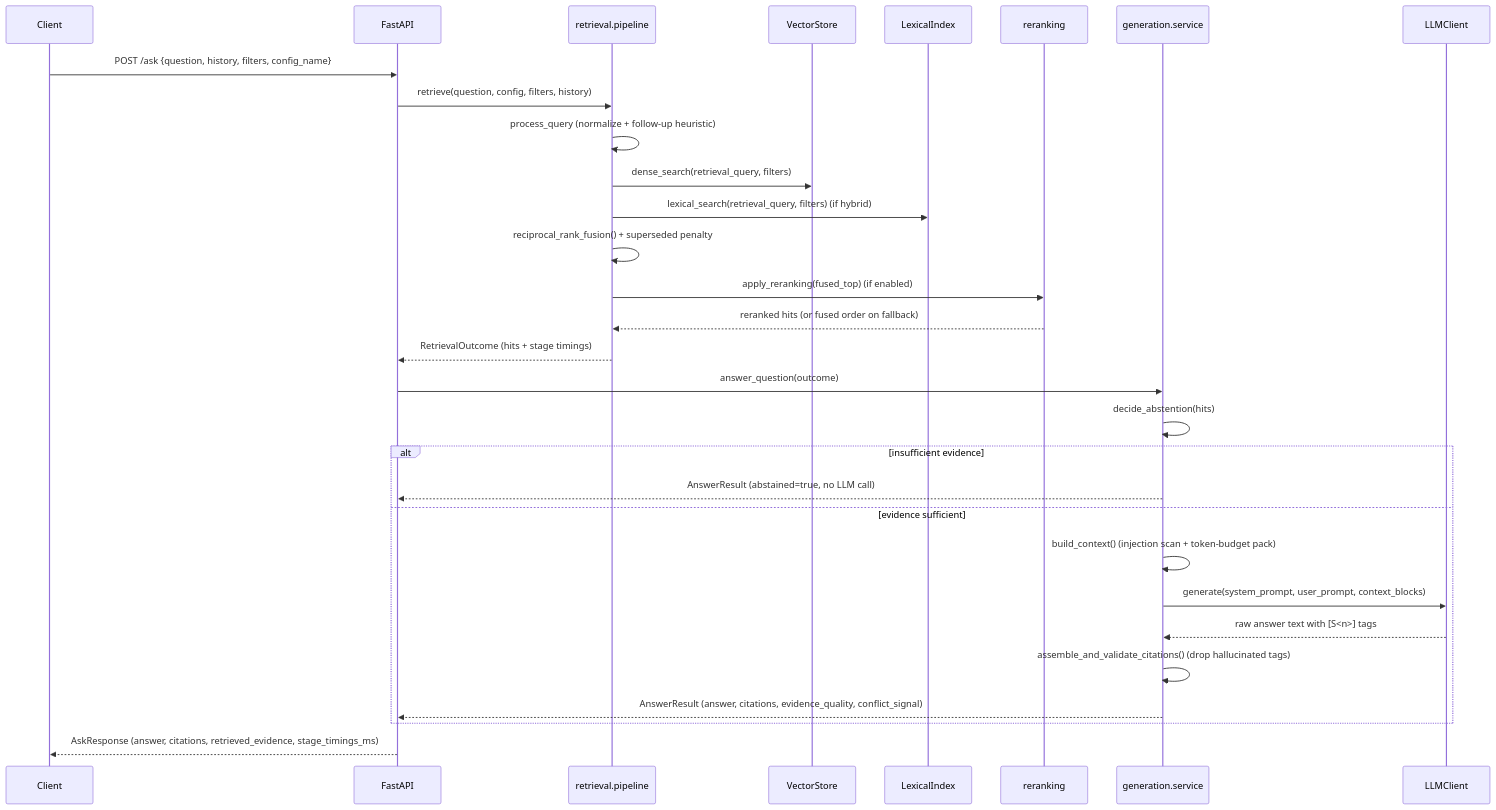
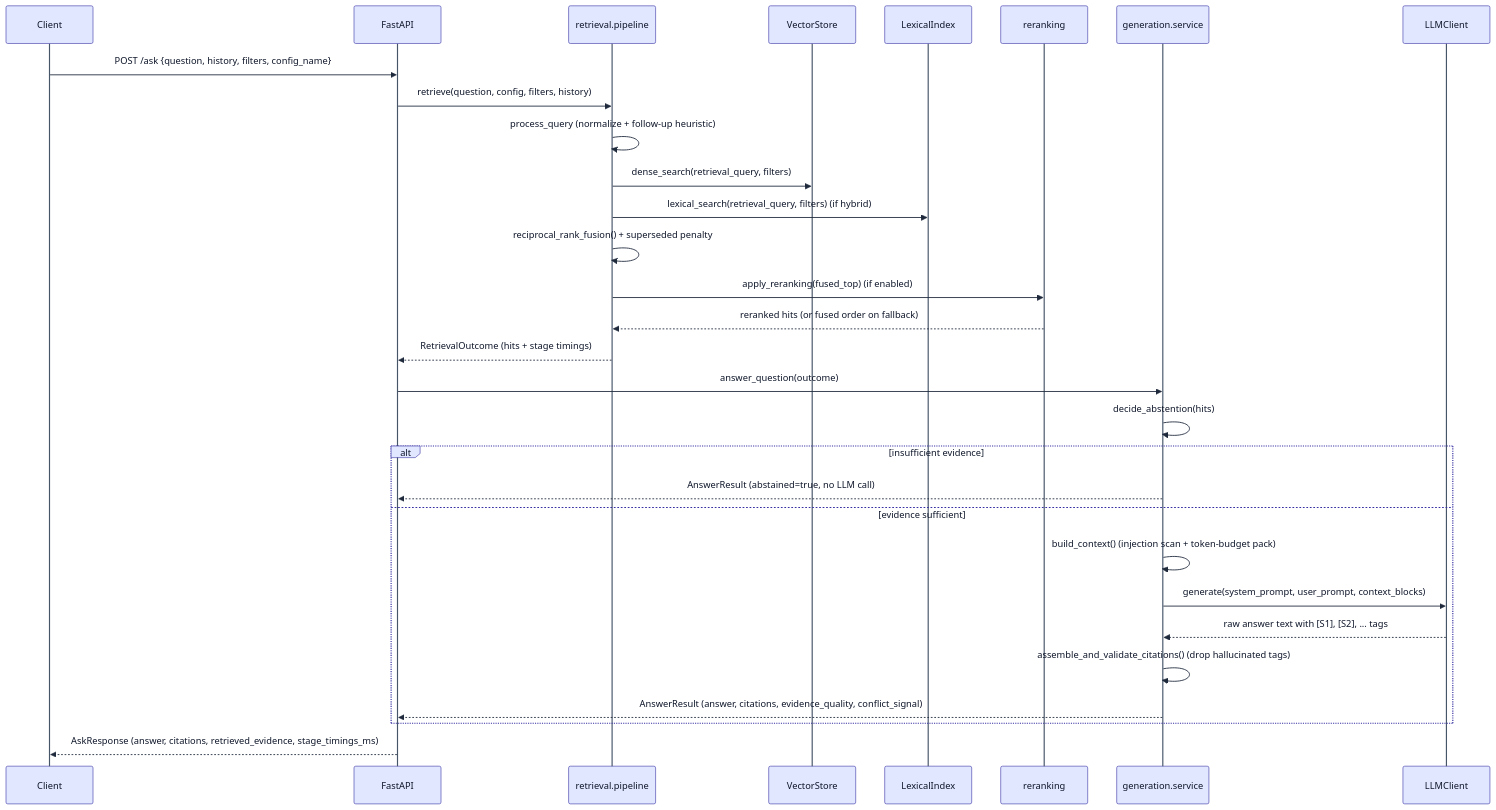
One commit to TPVinnie/documentation-assistant changed the second of 2 diagrams in ARCHITECTURE.md. Above: the diagram before and after it, drawn with Mermaid. The commit also changed other lines of this file and 1 other file, not shown here.

Commit message:
reworked architecture

````diff
--- a/ARCHITECTURE.md
+++ b/ARCHITECTURE.md
@@ -110,33 +115,34 @@
 ```mermaid
+%%{init: {"theme": "base", "themeVariables": {"fontSize": "17px", "actorBkg": "#e0e7ff", "actorBorder": "#3730a3", "actorTextColor": "#0f172a", "actorLineColor": "#475569", "signalColor": "#1e293b", "signalTextColor": "#0f172a", "labelBoxBkgColor": "#e0e7ff", "labelBoxBorderColor": "#3730a3", "labelTextColor": "#0f172a", "loopTextColor": "#0f172a", "noteBkgColor": "#fef3c7", "noteBorderColor": "#92400e", "noteTextColor": "#0f172a", "activationBkgColor": "#ccfbf1", "activationBorderColor": "#115e59", "sequenceNumberColor": "#0f172a"}}}%%
 sequenceDiagram
     participant Client
     participant API as FastAPI
     participant Retrieval as retrieval.pipeline
     participant Vec as VectorStore
     participant Lex as LexicalIndex
     participant Rerank as reranking
     participant Gen as generation.service
     participant LLM as LLMClient
 
     Client->>API: POST /ask {question, history, filters, config_name}
     API->>Retrieval: retrieve(question, config, filters, history)
     Retrieval->>Retrieval: process_query (normalize + follow-up heuristic)
     Retrieval->>Vec: dense_search(retrieval_query, filters)
     Retrieval->>Lex: lexical_search(retrieval_query, filters)  (if hybrid)
     Retrieval->>Retrieval: reciprocal_rank_fusion() + superseded penalty
     Retrieval->>Rerank: apply_reranking(fused_top)  (if enabled)
     Rerank-->>Retrieval: reranked hits (or fused order on fallback)
     Retrieval-->>API: RetrievalOutcome (hits + stage timings)
     API->>Gen: answer_question(outcome)
     Gen->>Gen: decide_abstention(hits)
     alt insufficient evidence
         Gen-->>API: AnswerResult (abstained=true, no LLM call)
     else evidence sufficient
         Gen->>Gen: build_context() (injection scan + token-budget pack)
         Gen->>LLM: generate(system_prompt, user_prompt, context_blocks)
-        LLM-->>Gen: raw answer text with [S<n>] tags
+        LLM-->>Gen: raw answer text with [S1], [S2], ... tags
         Gen->>Gen: assemble_and_validate_citations() (drop hallucinated tags)
         Gen-->>API: AnswerResult (answer, citations, evidence_quality, conflict_signal)
     end
     API-->>Client: AskResponse (answer, citations, retrieved_evidence, stage_timings_ms)
 ```
````
